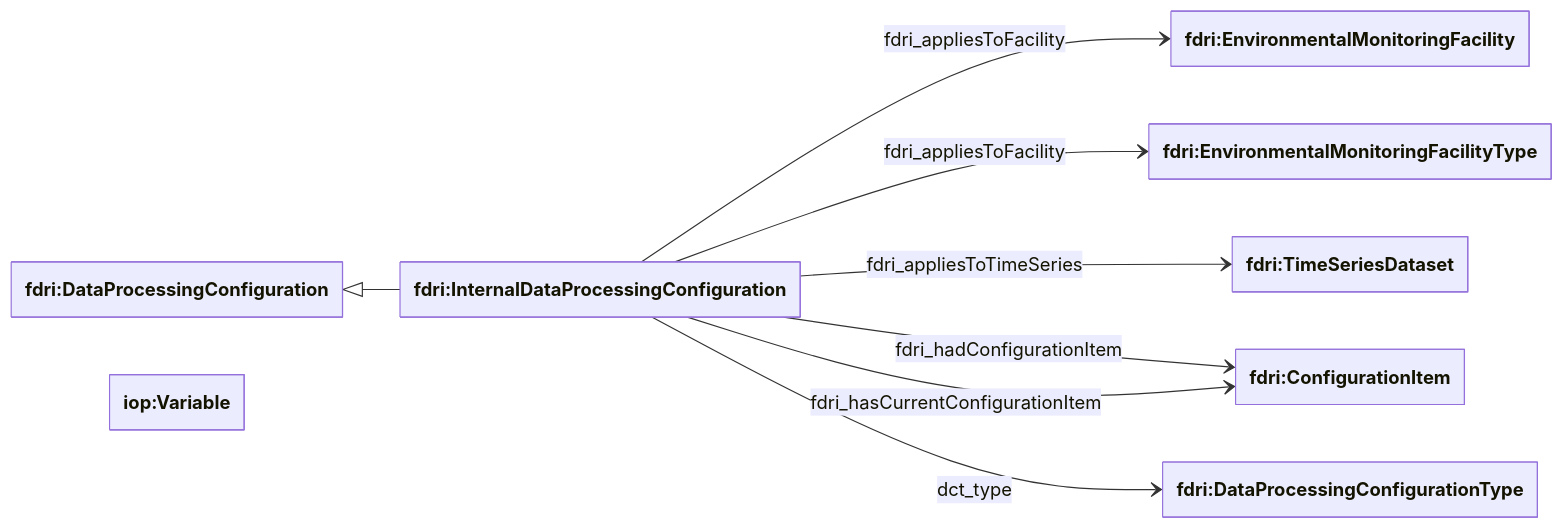
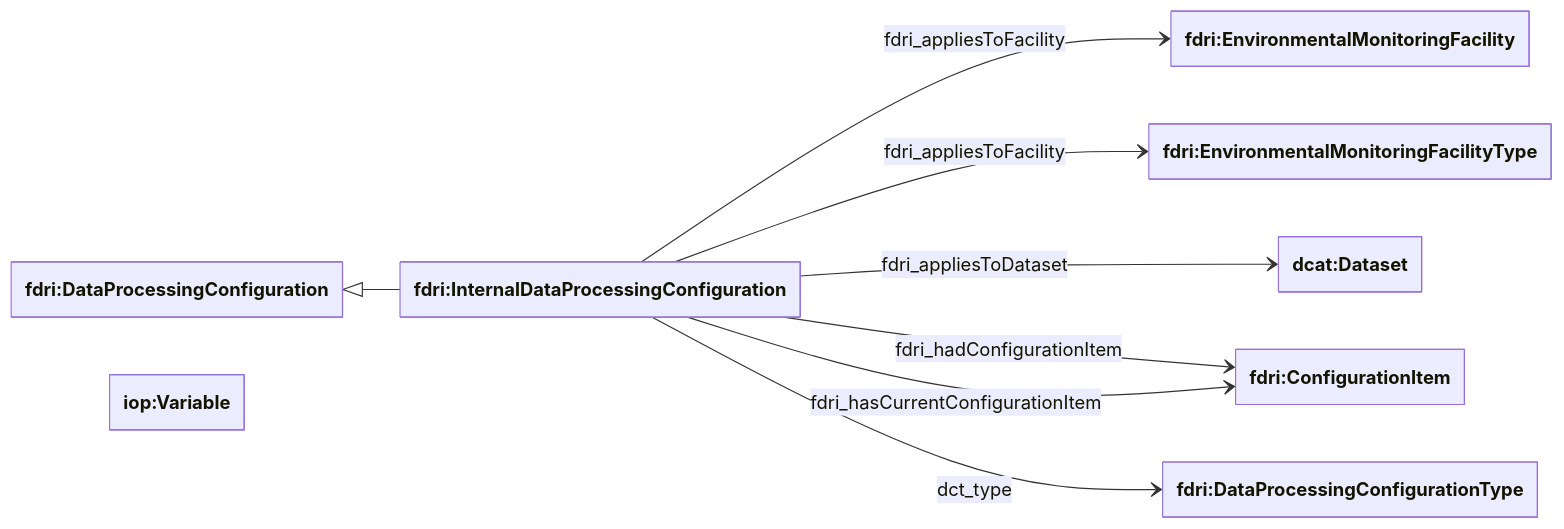
Before and after one commit to NERC-CEH/fdri-ontology: the second of 4 diagrams in doc/data-processing-configurations.md, drawn with Mermaid. The commit also changed other lines of this file and 1 other file, not shown here.

Commit message:
Update documentation and changelog for deprecation of fdri:appliesToTimeSeries

````diff
--- a/doc/data-processing-configurations.md
+++ b/doc/data-processing-configurations.md
@@ -34,26 +34,26 @@
 ```mermaid
 ---
   config:
     class:
       hideEmptyMembersBox: true
 ---
 classDiagram
   direction LR
   class Plan["fdri:DataProcessingConfiguration"]
   class DPConfig["fdri:InternalDataProcessingConfiguration"]
   class COP["iop:Variable"]
   class EMFType["fdri:EnvironmentalMonitoringFacilityType"]
   class EMF["fdri:EnvironmentalMonitoringFacility"]
   class ConfigurationItem["fdri:ConfigurationItem"]
   class DataProcessingConfigurationType["fdri:DataProcessingConfigurationType"]
-  class TimeSeries["fdri:TimeSeriesDataset"]
+  class Dataset["dcat:Dataset"]
 
   Plan <|-- DPConfig
   
   DPConfig --> EMF: fdri_appliesToFacility
   DPConfig --> EMFType: fdri_appliesToFacility
-  DPConfig --> TimeSeries: fdri_appliesToTimeSeries
+  DPConfig --> Dataset: fdri_appliesToDataset
   DPConfig --> ConfigurationItem: fdri_hadConfigurationItem
   DPConfig --> ConfigurationItem: fdri_hasCurrentConfigurationItem
   DPConfig --> DataProcessingConfigurationType: dct_type
 ```
````
